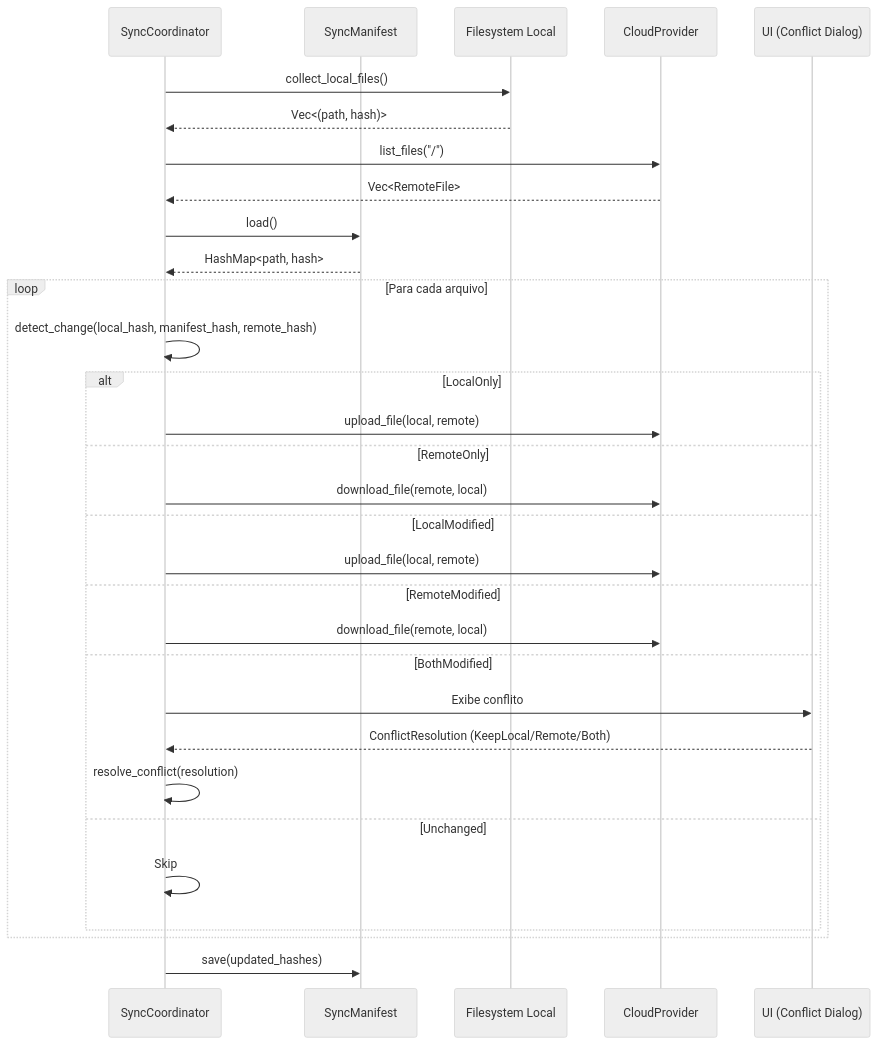
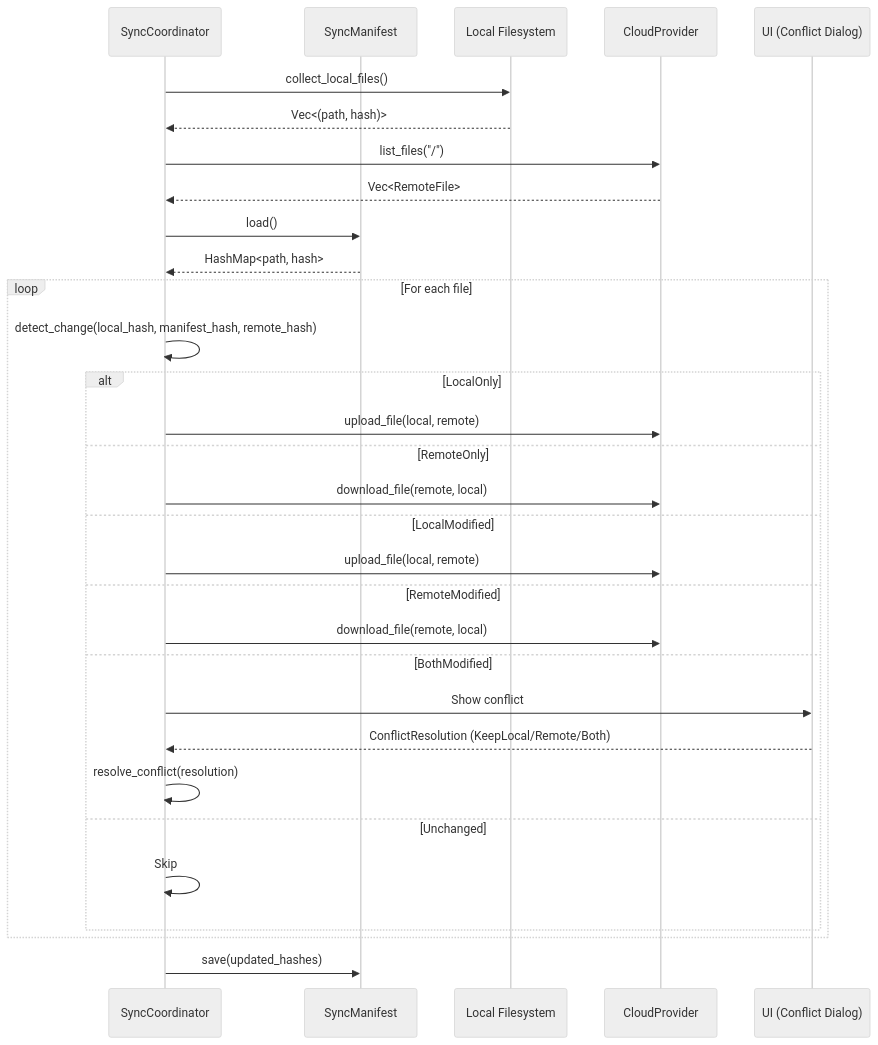
Before and after one commit to l3co/open-note: diagram 12 of 15 in docs/ARCHITECTURE.md, drawn with Mermaid (neutral theme). The commit also changed other lines of this file and 10 other files, not shown here.

First line of the commit message:
docs: translate ARCHITECTURE, USER_GUIDE, and all 9 ADRs to English

````diff
--- a/docs/ARCHITECTURE.md
+++ b/docs/ARCHITECTURE.md
@@ -559,38 +559,38 @@
 ```mermaid
 sequenceDiagram
     participant SC as SyncCoordinator
     participant Manifest as SyncManifest
-    participant FS as Filesystem Local
+    participant FS as Local Filesystem
     participant Provider as CloudProvider
     participant User as UI (Conflict Dialog)
 
     SC->>FS: collect_local_files()
     FS-->>SC: Vec<(path, hash)>
 
     SC->>Provider: list_files("/")
     Provider-->>SC: Vec<RemoteFile>
 
     SC->>Manifest: load()
     Manifest-->>SC: HashMap<path, hash>
 
-    loop Para cada arquivo
+    loop For each file
         SC->>SC: detect_change(local_hash, manifest_hash, remote_hash)
         alt LocalOnly
             SC->>Provider: upload_file(local, remote)
         else RemoteOnly
             SC->>Provider: download_file(remote, local)
         else LocalModified
             SC->>Provider: upload_file(local, remote)
         else RemoteModified
             SC->>Provider: download_file(remote, local)
         else BothModified
-            SC->>User: Exibe conflito
+            SC->>User: Show conflict
             User-->>SC: ConflictResolution (KeepLocal/Remote/Both)
             SC->>SC: resolve_conflict(resolution)
         else Unchanged
             SC->>SC: Skip
         end
     end
 
     SC->>Manifest: save(updated_hashes)
 ```
````
